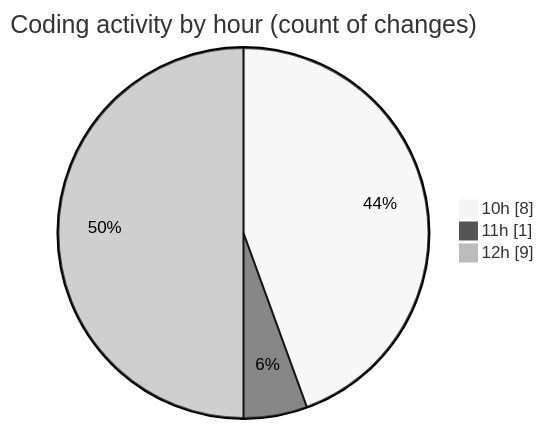
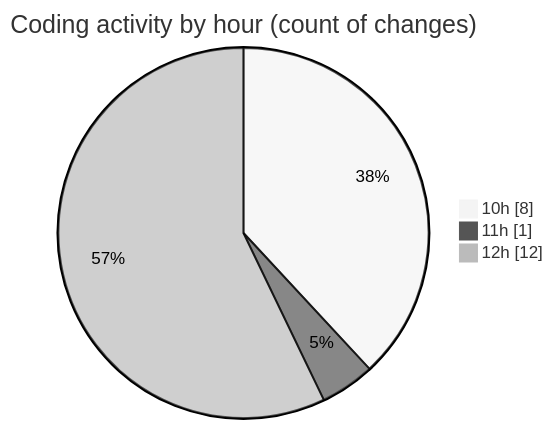
One commit to momahboobian/code-tracking changed the second of 2 diagrams in 2025-07-31/cda/README.md. Above: the diagram before and after it, drawn with Mermaid (neutral theme). The commit also changed other lines of this file and 1 other file, not shown here.

````diff
--- a/2025-07-31/cda/README.md
+++ b/2025-07-31/cda/README.md
@@ -30,7 +32,7 @@
 ```mermaid
 pie showData
 title Coding activity by hour (count of changes)
 "10h" : 8
 "11h" : 1
-"12h" : 9
+"12h" : 12
 ```
````
